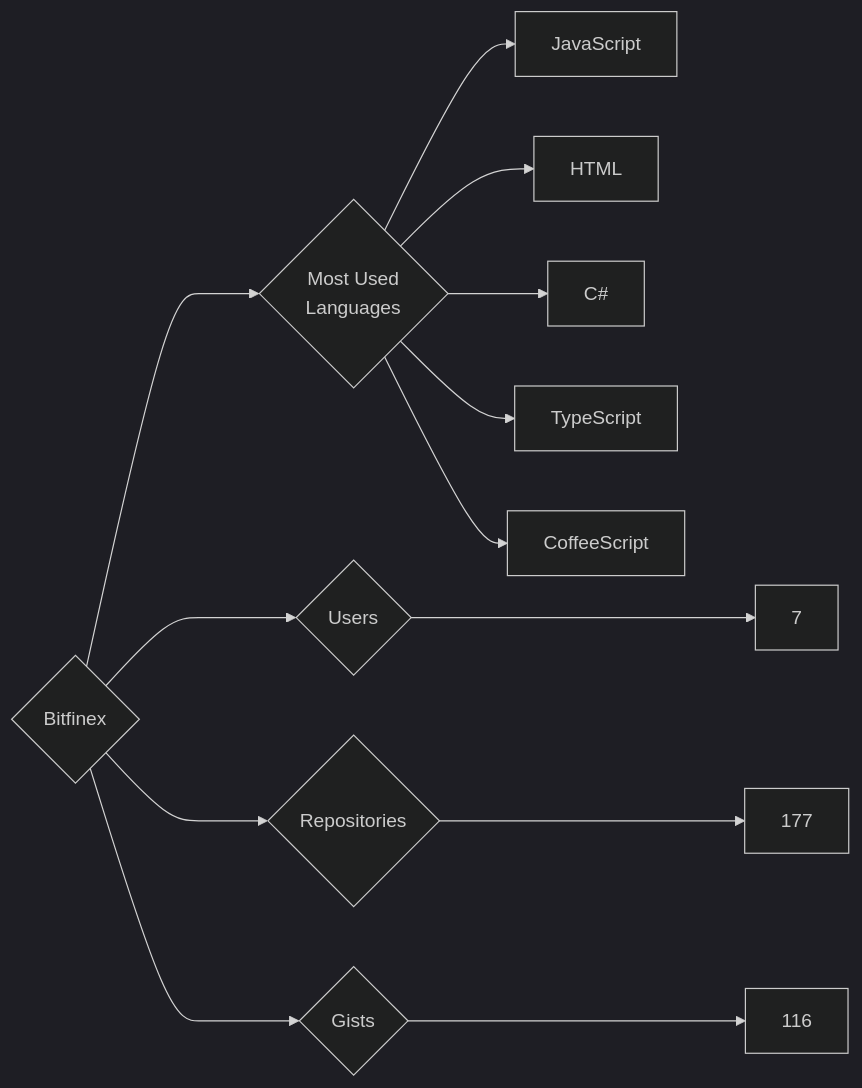
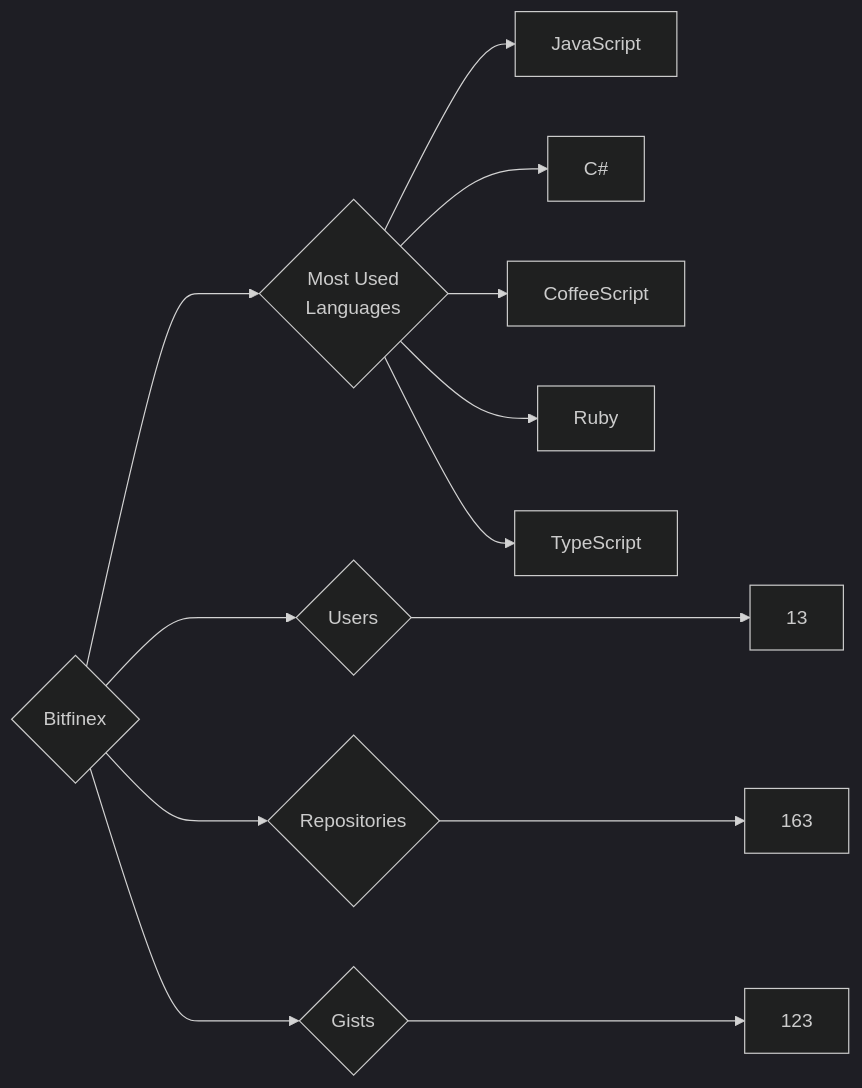
The diagram in targets/Bitfinex/README.md (trickest/insiders), drawn with Mermaid (dark theme) before and after one commit. The commit also changed 1148 other files, not shown here.

````diff
--- a/targets/Bitfinex/README.md
+++ b/targets/Bitfinex/README.md
@@ -3,13 +3,13 @@
 ```mermaid
 graph LR
 COMPANY_NAME{Bitfinex}
-COMPANY_NAME ---> U{Users} ---> UN[7]
-COMPANY_NAME ---> R{Repositories} ---> RN[177]
-COMPANY_NAME ---> G{Gists} ---> GN[116]
+COMPANY_NAME ---> U{Users} ---> UN[13]
+COMPANY_NAME ---> R{Repositories} ---> RN[163]
+COMPANY_NAME ---> G{Gists} ---> GN[123]
 COMPANY_NAME ---> ML{Most Used<br>Languages}
 ML --> JavaScript[JavaScript]
-ML --> HTML[HTML]
 ML --> C#[C#]
+ML --> CoffeeScript[CoffeeScript]
+ML --> Ruby[Ruby]
 ML --> TypeScript[TypeScript]
-ML --> CoffeeScript[CoffeeScript]
 ```
````
